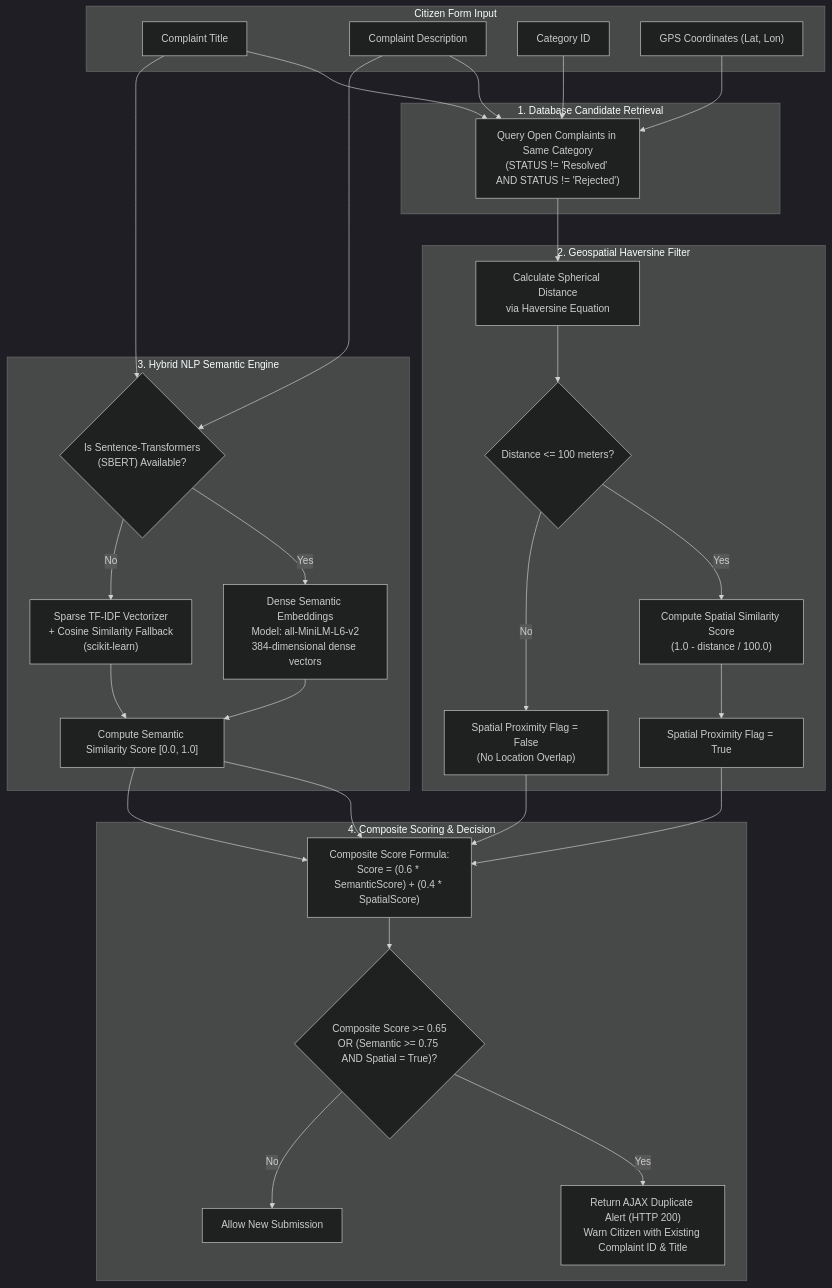
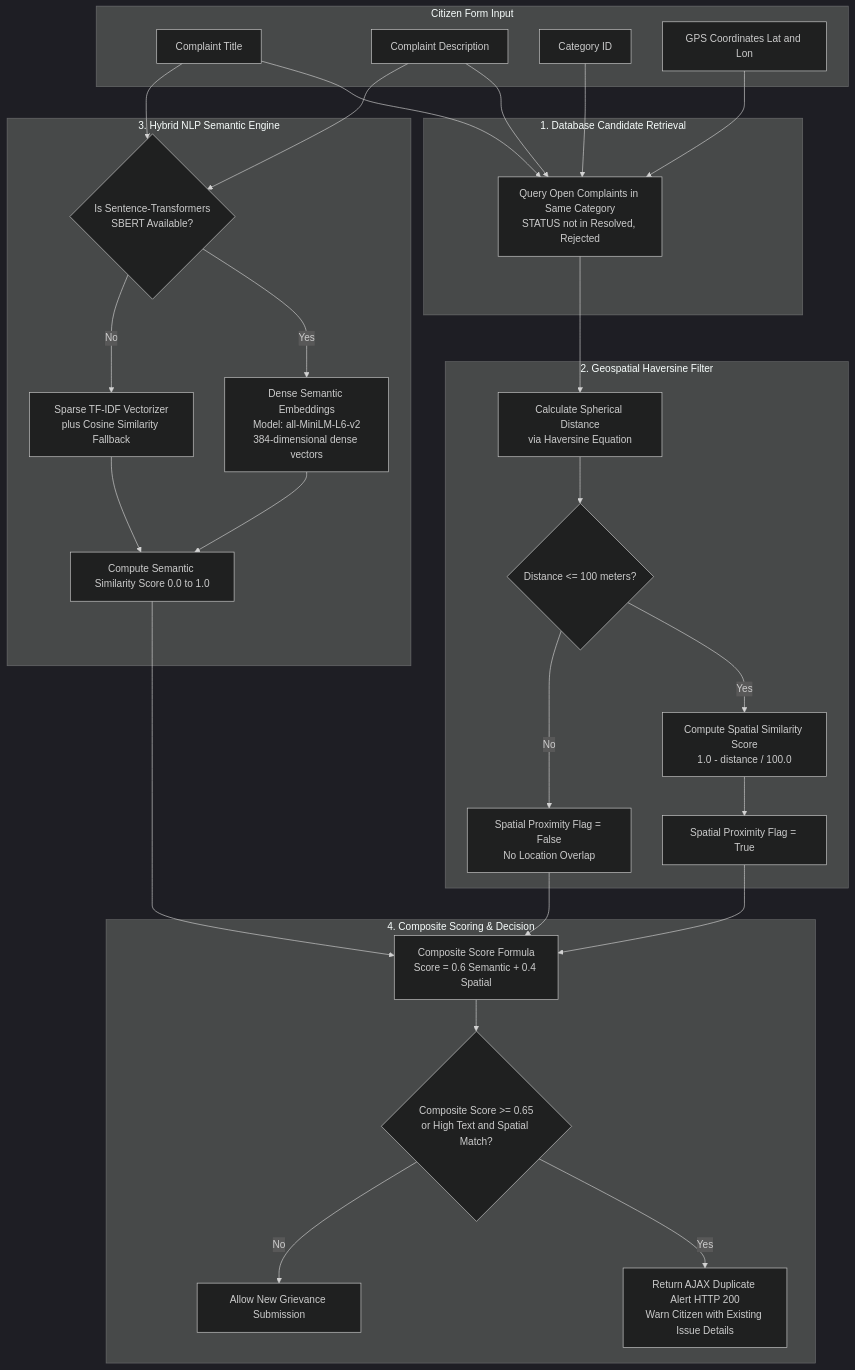
Before and after one commit to Sagarsen2001/CivicPulse: the fifth of 11 diagrams in docs/system_architecture.md, drawn with Mermaid (dark theme). The commit also changed other lines of this file and 2 other files, not shown here.

````diff
--- a/docs/system_architecture.md
+++ b/docs/system_architecture.md
@@ -394,52 +365,61 @@
 ```mermaid
 flowchart TD
     subgraph Input["Citizen Form Input"]
         Title["Complaint Title"]
         Desc["Complaint Description"]
         Cat["Category ID"]
-        GPS["GPS Coordinates (Lat, Lon)"]
+        GPS["GPS Coordinates Lat and Lon"]
     end
 
     subgraph Step1["1. Database Candidate Retrieval"]
-        CandidateFilter["Query Open Complaints in Same Category\n(STATUS != 'Resolved' AND STATUS != 'Rejected')"]
+        CandidateFilter["Query Open Complaints in Same Category<br/>STATUS not in Resolved, Rejected"]
     end
 
     subgraph Step2["2. Geospatial Haversine Filter"]
-        CalcDist["Calculate Spherical Distance\nvia Haversine Equation"]
+        CalcDist["Calculate Spherical Distance<br/>via Haversine Equation"]
         ProximityCheck{"Distance <= 100 meters?"}
-        SpatialScore["Compute Spatial Similarity Score\n(1.0 - distance / 100.0)"]
+        SpatialScore["Compute Spatial Similarity Score<br/>1.0 - distance / 100.0"]
         SpatialPass["Spatial Proximity Flag = True"]
-        SpatialFail["Spatial Proximity Flag = False\n(No Location Overlap)"]
+        SpatialFail["Spatial Proximity Flag = False<br/>No Location Overlap"]
     end
 
     subgraph Step3["3. Hybrid NLP Semantic Engine"]
-        CheckSBERT{"Is Sentence-Transformers\n(SBERT) Available?"}
-        SBERT_Flow["Dense Semantic Embeddings\nModel: all-MiniLM-L6-v2\n384-dimensional dense vectors"]
-        TFIDF_Flow["Sparse TF-IDF Vectorizer\n+ Cosine Similarity Fallback\n(scikit-learn)"]
-        TextScore["Compute Semantic Similarity Score [0.0, 1.0]"]
+        CheckSBERT{"Is Sentence-Transformers<br/>SBERT Available?"}
+        SBERT_Flow["Dense Semantic Embeddings<br/>Model: all-MiniLM-L6-v2<br/>384-dimensional dense vectors"]
+        TFIDF_Flow["Sparse TF-IDF Vectorizer<br/>plus Cosine Similarity Fallback"]
+        TextScore["Compute Semantic Similarity Score 0.0 to 1.0"]
     end
 
     subgraph Step4["4. Composite Scoring & Decision"]
-        CompositeCalc["Composite Score Formula:\nScore = (0.6 * SemanticScore) + (0.4 * SpatialScore)"]
-        DuplicateDecision{"Composite Score >= 0.65\nOR (Semantic >= 0.75 AND Spatial = True)?"}
-        AlertUser["Return AJAX Duplicate Alert (HTTP 200)\nWarn Citizen with Existing Complaint ID & Title"]
-        Proceed["Allow New Submission"]
+        CompositeCalc["Composite Score Formula<br/>Score = 0.6 Semantic + 0.4 Spatial"]
+        DuplicateDecision{"Composite Score >= 0.65<br/>or High Text and Spatial Match?"}
+        AlertUser["Return AJAX Duplicate Alert HTTP 200<br/>Warn Citizen with Existing Issue Details"]
+        Proceed["Allow New Grievance Submission"]
     end
 
-    Title & Desc & Cat & GPS --> CandidateFilter
+    Title --> CandidateFilter
+    Desc --> CandidateFilter
+    Cat --> CandidateFilter
+    GPS --> CandidateFilter
+
     CandidateFilter --> CalcDist
     CalcDist --> ProximityCheck
-    ProximityCheck -- Yes --> SpatialScore --> SpatialPass
+    ProximityCheck -- Yes --> SpatialScore
+    SpatialScore --> SpatialPass
     ProximityCheck -- No --> SpatialFail
 
-    Title & Desc --> CheckSBERT
-    CheckSBERT -- Yes --> SBERT_Flow --> TextScore
-    CheckSBERT -- No --> TFIDF_Flow --> TextScore
+    Title --> CheckSBERT
+    Desc --> CheckSBERT
+    CheckSBERT -- Yes --> SBERT_Flow
+    SBERT_Flow --> TextScore
+    CheckSBERT -- No --> TFIDF_Flow
+    TFIDF_Flow --> TextScore
 
-    SpatialPass & TextScore --> CompositeCalc
-    SpatialFail & TextScore --> CompositeCalc
+    SpatialPass --> CompositeCalc
+    SpatialFail --> CompositeCalc
+    TextScore --> CompositeCalc
 
     CompositeCalc --> DuplicateDecision
     DuplicateDecision -- Yes --> AlertUser
     DuplicateDecision -- No --> Proceed
 ```
````
